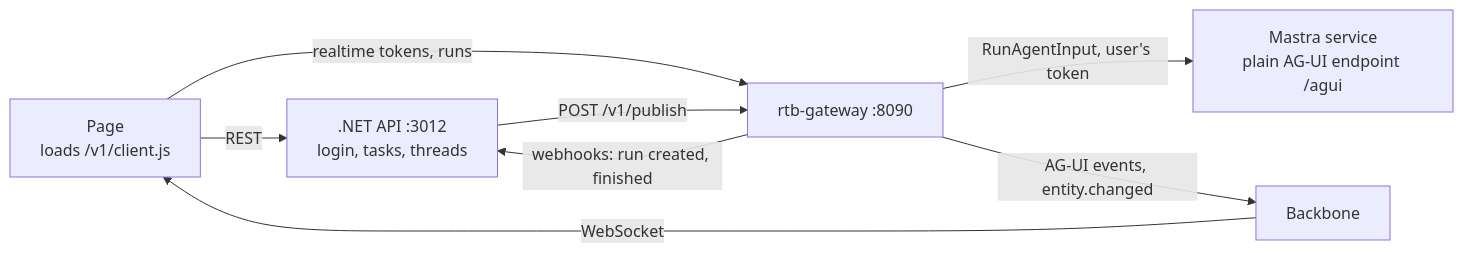
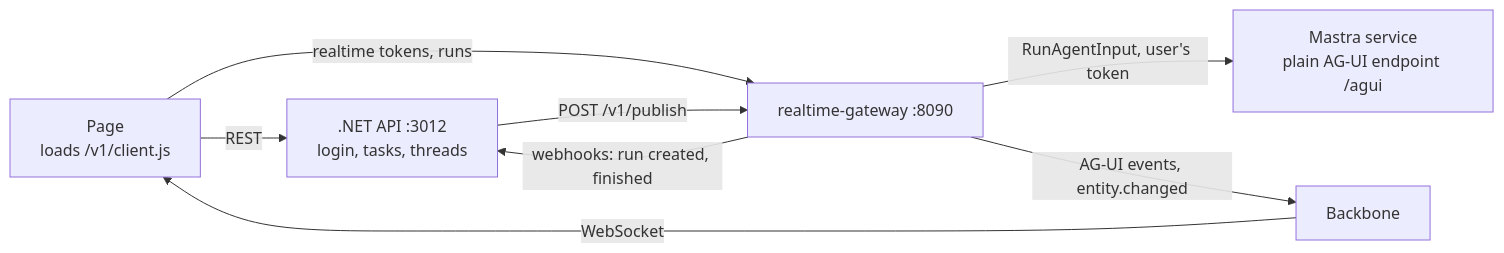
One commit to mjczone/realtime-backbone changed the second of 2 diagrams in samples/mastra-dotnet/README.md. Above: the diagram before and after it, drawn with Mermaid. The commit also changed other lines of this file and 224 other files, not shown here.

````diff
--- a/samples/mastra-dotnet/README.md
+++ b/samples/mastra-dotnet/README.md
@@ -52,15 +52,15 @@
 ```mermaid
 flowchart LR
   page["Page<br/>loads /v1/client.js"]
   api[".NET API :3012<br/>login, tasks, threads"]
-  gw["rtb-gateway :8090"]
+  gw["realtime-gateway :8090"]
   agent["Mastra service<br/>plain AG-UI endpoint /agui"]
   cf["Backbone"]
   page -- "REST" --> api
   page -- "realtime tokens, runs" --> gw
   gw -- "RunAgentInput, user's token" --> agent
   gw -- "webhooks: run created, finished" --> api
   api -- "POST /v1/publish" --> gw
   gw -- "AG-UI events, entity.changed" --> cf
   cf -- "WebSocket" --> page
 ```
````
